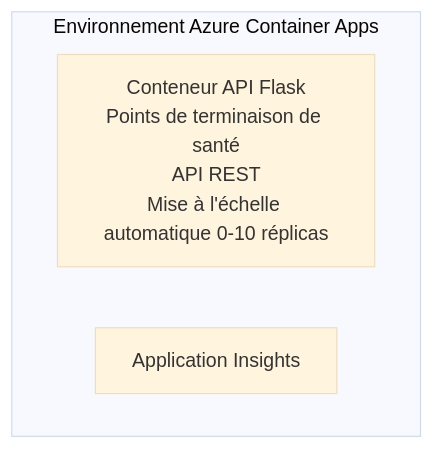
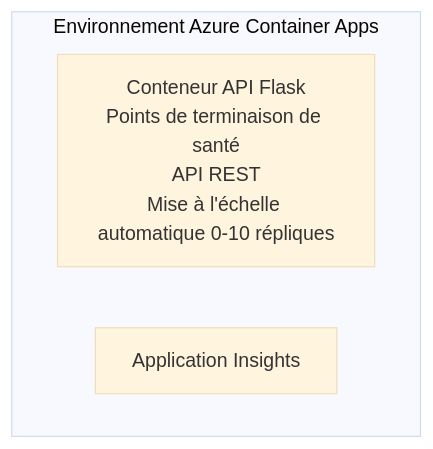
Before and after one commit to microsoft/AZD-for-beginners: the diagram in translations/fr/examples/container-app/simple-flask-api/README.md, drawn with Mermaid (base theme). The commit also changed other lines of this file and 104 other files, not shown here.

````diff
--- a/translations/fr/examples/container-app/simple-flask-api/README.md
+++ b/translations/fr/examples/container-app/simple-flask-api/README.md
@@ -26,7 +26,7 @@
 ```mermaid
 graph TD
     subgraph ACA[Environnement Azure Container Apps]
-        Flask[Conteneur API Flask<br/>Points de terminaison de santé<br/>API REST<br/>Mise à l'échelle automatique 0-10 réplicas]
+        Flask[Conteneur API Flask<br/>Points de terminaison de santé<br/>API REST<br/>Mise à l'échelle automatique 0-10 répliques]
         AppInsights[Application Insights]
     end
 ```
````
